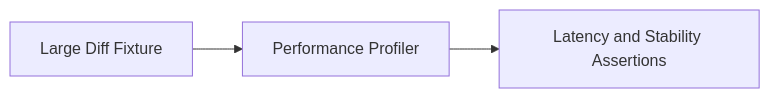
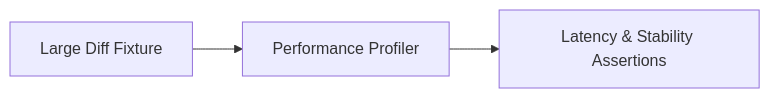
The seventh of 8 diagrams in web/src/entities/diff-first/tests/README.md (bartytime4life/Kansas-Frontier-Matrix), drawn with Mermaid before and after one commit. The commit also changed other lines of this file, not shown here.

````diff
--- a/web/src/entities/diff-first/tests/README.md
+++ b/web/src/entities/diff-first/tests/README.md
@@ -206,5 +282,5 @@
-```mermaid
+~~~mermaid
 flowchart LR
     LARGE[Large Diff Fixture] --> PERF[Performance Profiler]
-    PERF --> PERFASSERT[Latency and Stability Assertions]
-```
+    PERF --> PERFASSERT[Latency & Stability Assertions]
+~~~
````
